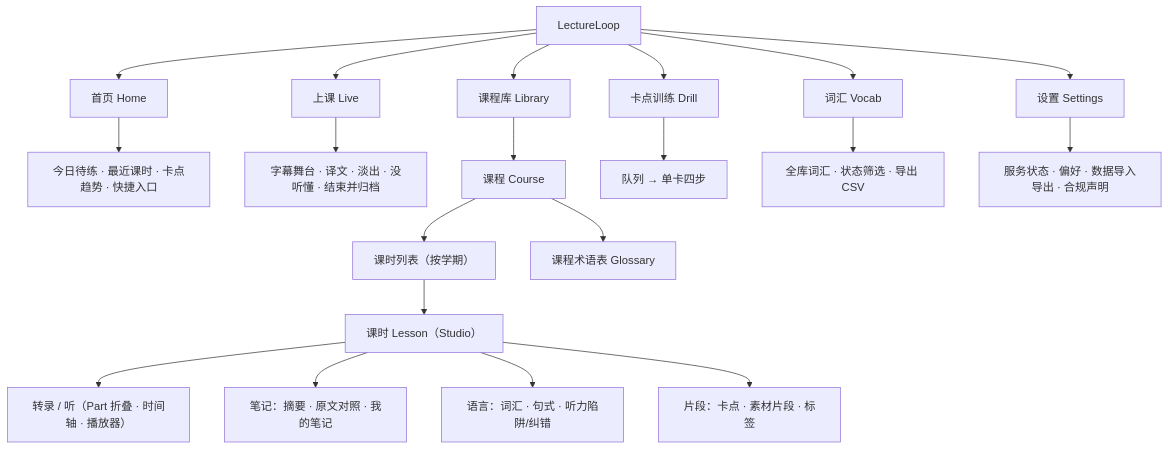
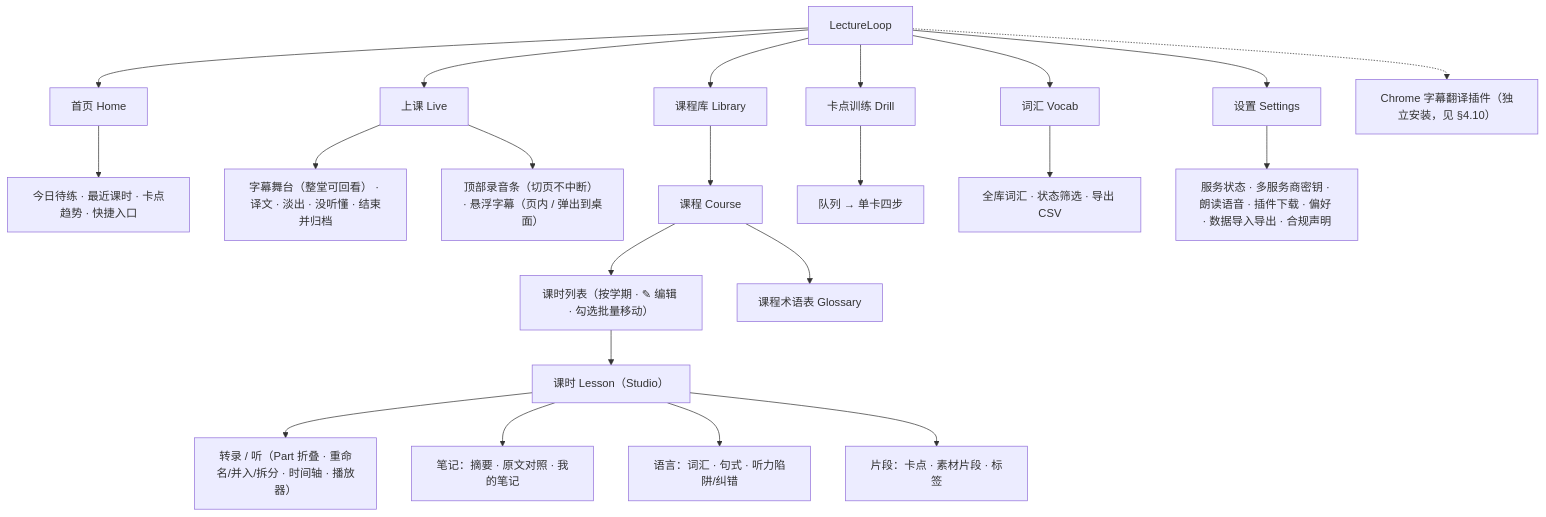
Before and after one commit to aarynyan-cell/LT: the second of 9 diagrams in lectureloop/docs/02-product-design.md, drawn with Mermaid. The commit also changed other lines of this file and 11 other files, not shown here.

````diff
--- a/lectureloop/docs/02-product-design.md
+++ b/lectureloop/docs/02-product-design.md
@@ -42,23 +42,25 @@
 ```mermaid
 flowchart TD
     ROOT["LectureLoop"] --> H["首页 Home"]
     ROOT --> L["上课 Live"]
     ROOT --> LIB["课程库 Library"]
     ROOT --> D["卡点训练 Drill"]
     ROOT --> V["词汇 Vocab"]
     ROOT --> S["设置 Settings"]
+    ROOT -.-> EXT["Chrome 字幕翻译插件（独立安装，见 §4.10）"]
 
     H --> H1["今日待练 · 最近课时 · 卡点趋势 · 快捷入口"]
-    L --> L1["字幕舞台 · 译文 · 淡出 · 没听懂 · 结束并归档"]
+    L --> L1["字幕舞台（整堂可回看） · 译文 · 淡出 · 没听懂 · 结束并归档"]
+    L --> L2["顶部录音条（切页不中断） · 悬浮字幕（页内 / 弹出到桌面）"]
     LIB --> C["课程 Course"]
-    C --> C1["课时列表（按学期）"]
+    C --> C1["课时列表（按学期 · ✎ 编辑 · 勾选批量移动）"]
     C --> C2["课程术语表 Glossary"]
     C1 --> LS["课时 Lesson（Studio）"]
-    LS --> T1["转录 / 听（Part 折叠 · 时间轴 · 播放器）"]
+    LS --> T1["转录 / 听（Part 折叠 · 重命名/并入/拆分 · 时间轴 · 播放器）"]
     LS --> T2["笔记：摘要 · 原文对照 · 我的笔记"]
     LS --> T3["语言：词汇 · 句式 · 听力陷阱/纠错"]
     LS --> T4["片段：卡点 · 素材片段 · 标签"]
     D --> D1["队列 → 单卡四步"]
     V --> V1["全库词汇 · 状态筛选 · 导出 CSV"]
-    S --> S1["服务状态 · 偏好 · 数据导入导出 · 合规声明"]
+    S --> S1["服务状态 · 多服务商密钥 · 朗读语音 · 插件下载 · 偏好 · 数据导入导出 · 合规声明"]
 ```
````
